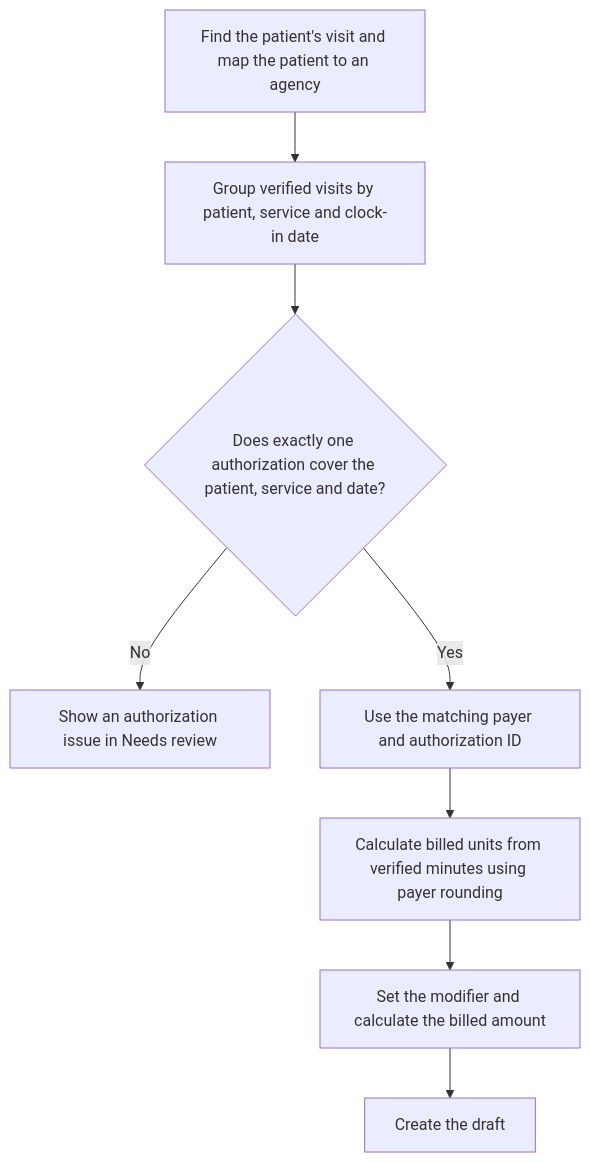
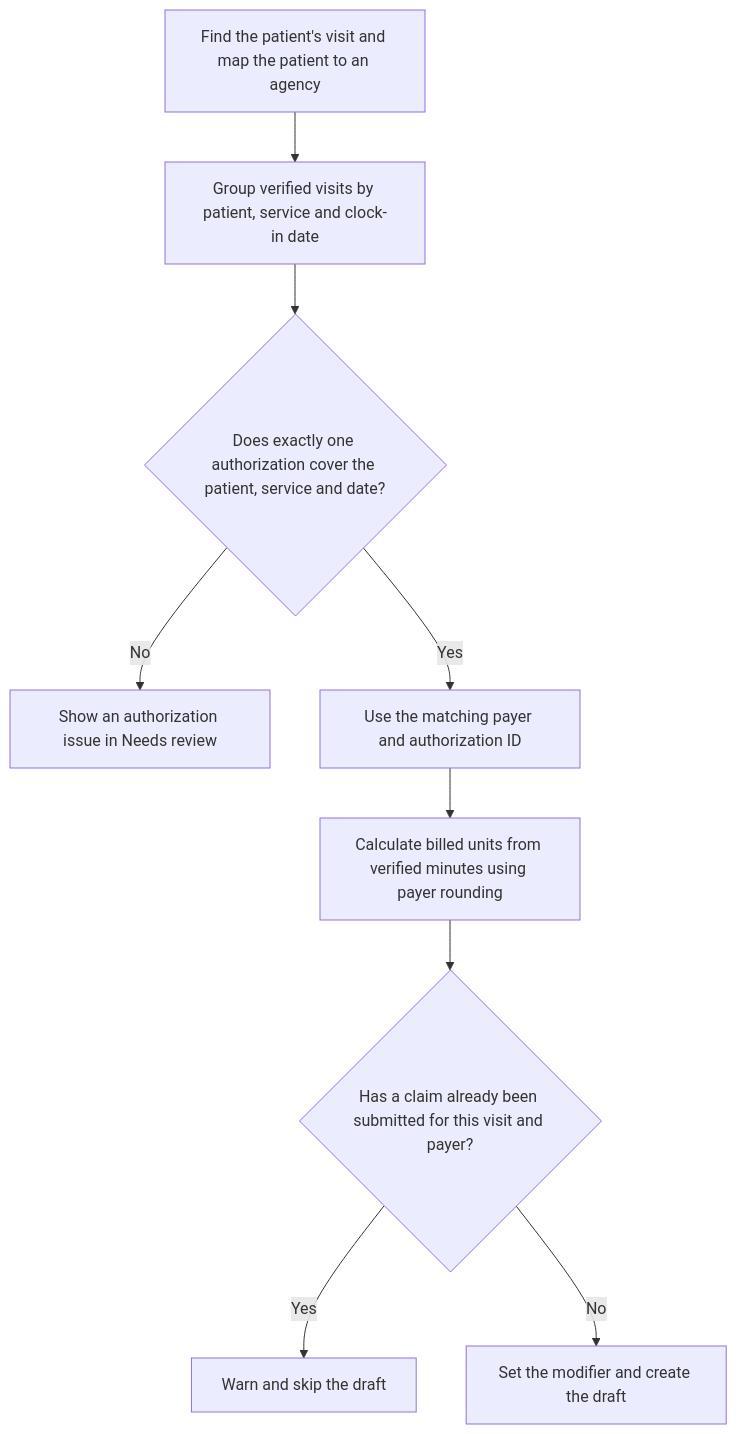
The first of 2 diagrams in drafter/README.md (Mariam-18/exchange4health-claims), drawn with Mermaid before and after one commit. The commit also changed other lines of this file and 3 other files, not shown here.

````diff
--- a/drafter/README.md
+++ b/drafter/README.md
@@ -7,10 +7,11 @@
 ```mermaid
 flowchart TD
     A["Find the patient's visit and map the patient to an agency"] --> B["Group verified visits by patient, service and clock-in date"]
     B --> C{"Does exactly one authorization cover the patient, service and date?"}
     C -->|No| D["Show an authorization issue in Needs review"]
     C -->|Yes| E["Use the matching payer and authorization ID"]
     E --> F["Calculate billed units from verified minutes using payer rounding"]
-    F --> G["Set the modifier and calculate the billed amount"]
-    G --> H["Create the draft"]
+    F --> G{"Has a claim already been submitted for this visit and payer?"}
+    G -->|Yes| I["Warn and skip the draft"]
+    G -->|No| H["Set the modifier and create the draft"]
 ```
````
